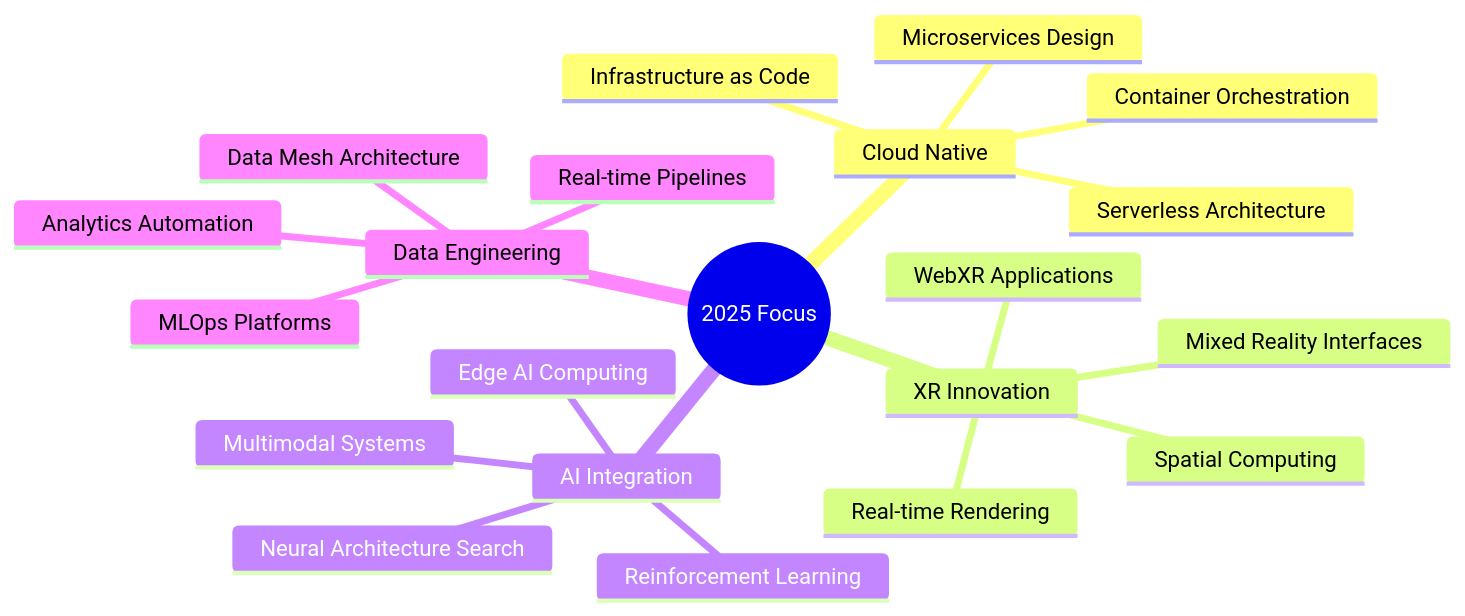
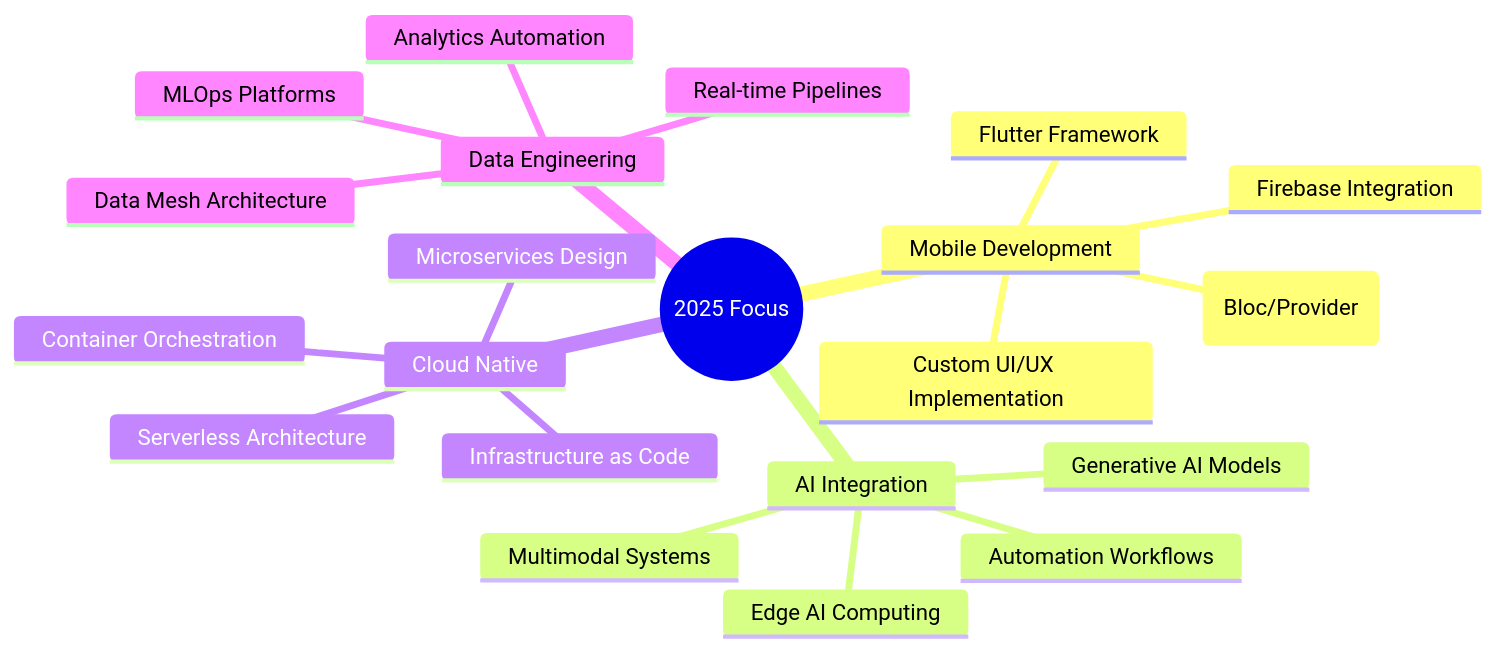
One commit to shafayath-jr/shafayath-jr changed the diagram in README.md. Above: the diagram before and after it, drawn with Mermaid. The commit also changed other lines of this file, not shown here.

````diff
--- a/README.md
+++ b/README.md
@@ -315,24 +151,24 @@
 ```mermaid
 mindmap
   root((2025 Focus))
+    Mobile Development
+      Flutter Framework
+      State Management (Bloc/Provider)
+      Custom UI/UX Implementation
+      Firebase Integration
+    AI Integration
+      Generative AI Models
+      Multimodal Systems
+      Edge AI Computing
+      Automation Workflows
     Cloud Native
       Serverless Architecture
       Microservices Design
       Infrastructure as Code
       Container Orchestration
-    XR Innovation
-      WebXR Applications
-      Spatial Computing
-      Mixed Reality Interfaces
-      Real-time Rendering
-    AI Integration
-      Multimodal Systems
-      Reinforcement Learning
-      Edge AI Computing
-      Neural Architecture Search
     Data Engineering
       Real-time Pipelines
       MLOps Platforms
       Analytics Automation
       Data Mesh Architecture
 ```
````
